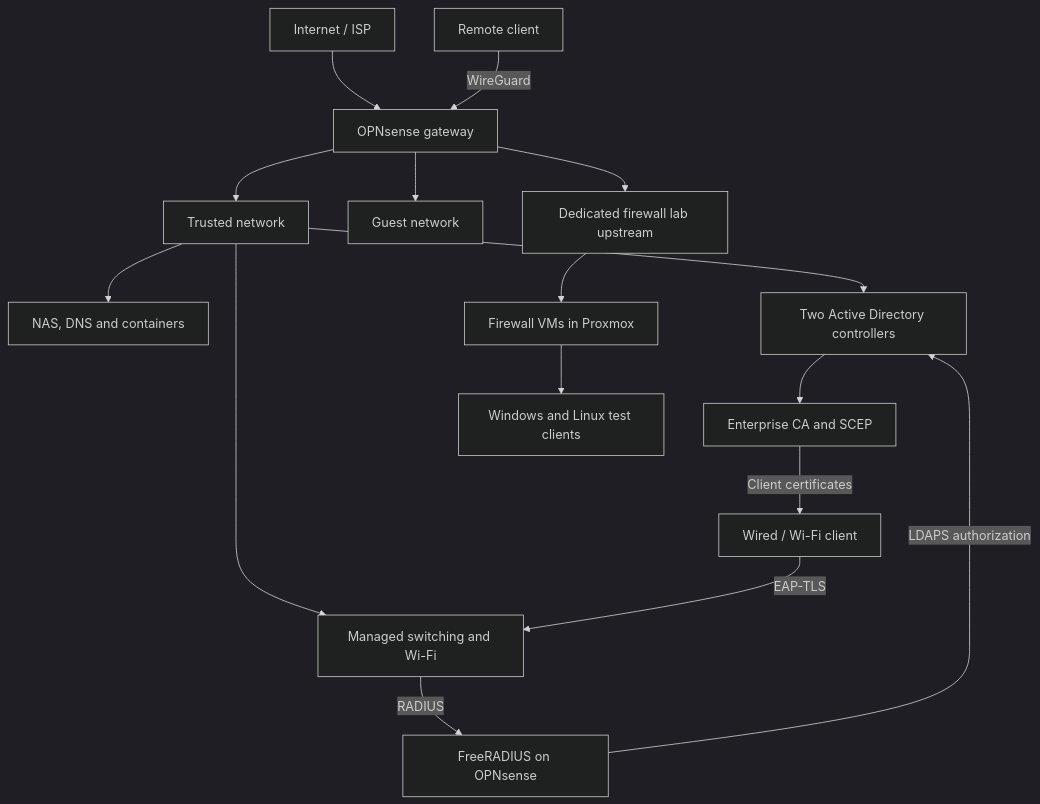
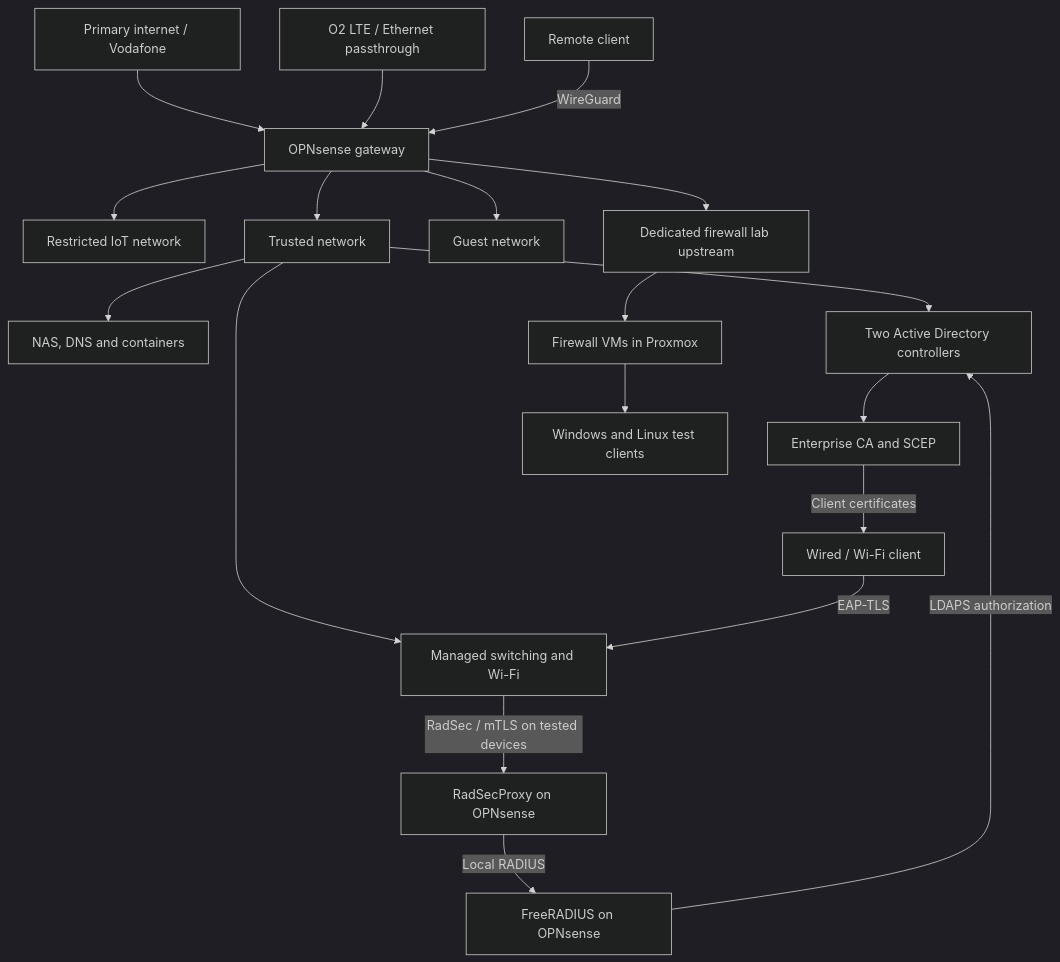
One commit to bixstriker/bixcore-homelab-portfolio changed the diagram in diagrams/architecture.md. Above: the diagram before and after it, drawn with Mermaid (dark theme). The commit also changed other lines of this file and 11 other files, not shown here.

Commit message:
Reconcile hypervisor versions, OpenFW, NAS retest and RadSec diagrams

````diff
--- a/diagrams/architecture.md
+++ b/diagrams/architecture.md
@@ -5,18 +5,21 @@
 ```mermaid
 flowchart TD
-    Internet[Internet / ISP] --> FW[OPNsense gateway]
+    Primary[Primary internet / Vodafone] --> FW[OPNsense gateway]
+    Backup[O2 LTE / Ethernet passthrough] --> FW
+    FW --> IoT[Restricted IoT network]
     FW --> Trusted[Trusted network]
     FW --> Guest[Guest network]
     FW --> LabWAN[Dedicated firewall lab upstream]
     Trusted --> NAS[NAS, DNS and containers]
     Trusted --> AD[Two Active Directory controllers]
     AD --> CA[Enterprise CA and SCEP]
     Trusted --> Access[Managed switching and Wi-Fi]
     Device[Wired / Wi-Fi client] -->|EAP-TLS| Access
-    Access -->|RADIUS| AAA[FreeRADIUS on OPNsense]
+    Access -->|RadSec / mTLS on tested devices| Proxy[RadSecProxy on OPNsense]
+    Proxy -->|Local RADIUS| AAA[FreeRADIUS on OPNsense]
     AAA -->|LDAPS authorization| AD
     CA -->|Client certificates| Device
     LabWAN --> Hypervisor[Firewall VMs in Proxmox]
     Hypervisor --> LabClients[Windows and Linux test clients]
     Remote[Remote client] -->|WireGuard| FW
 ```
````
